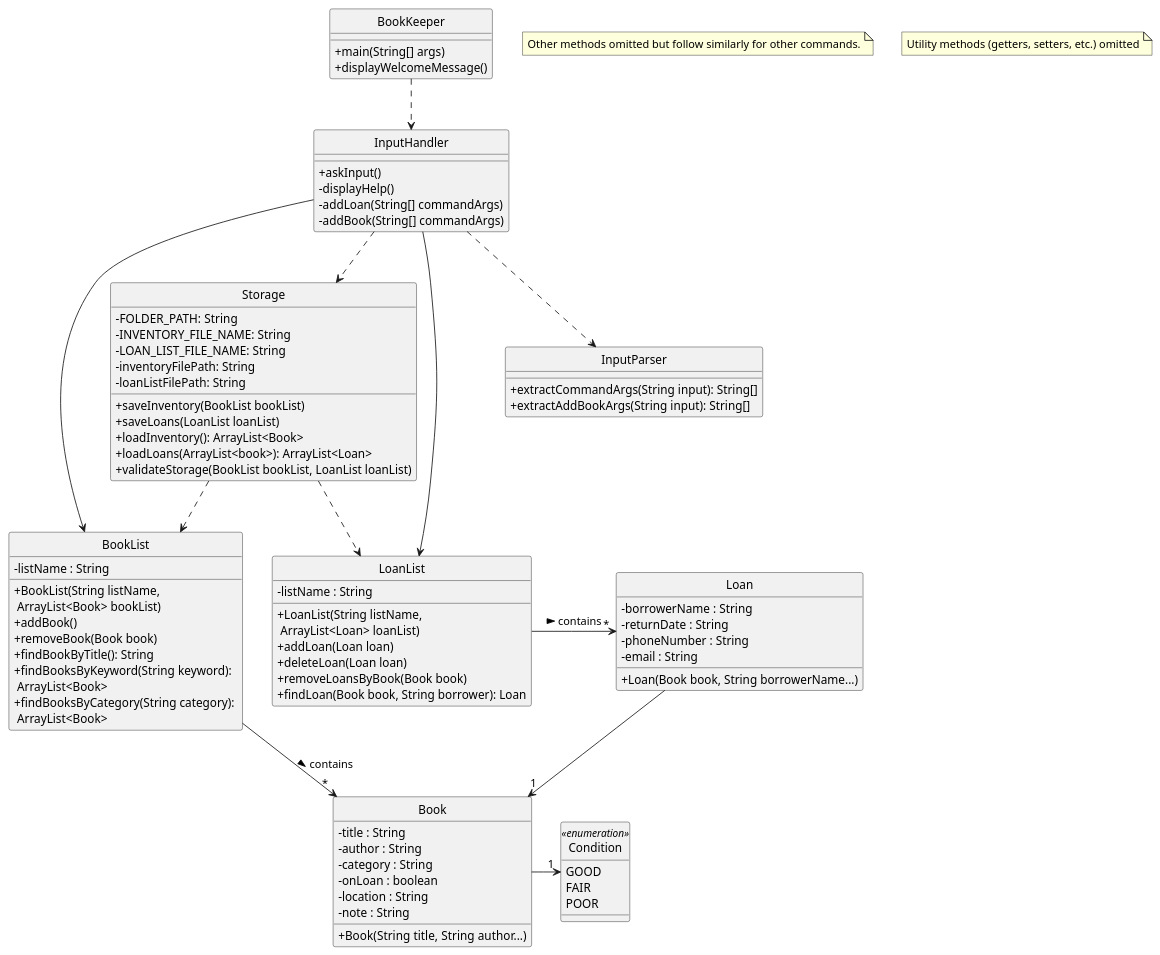
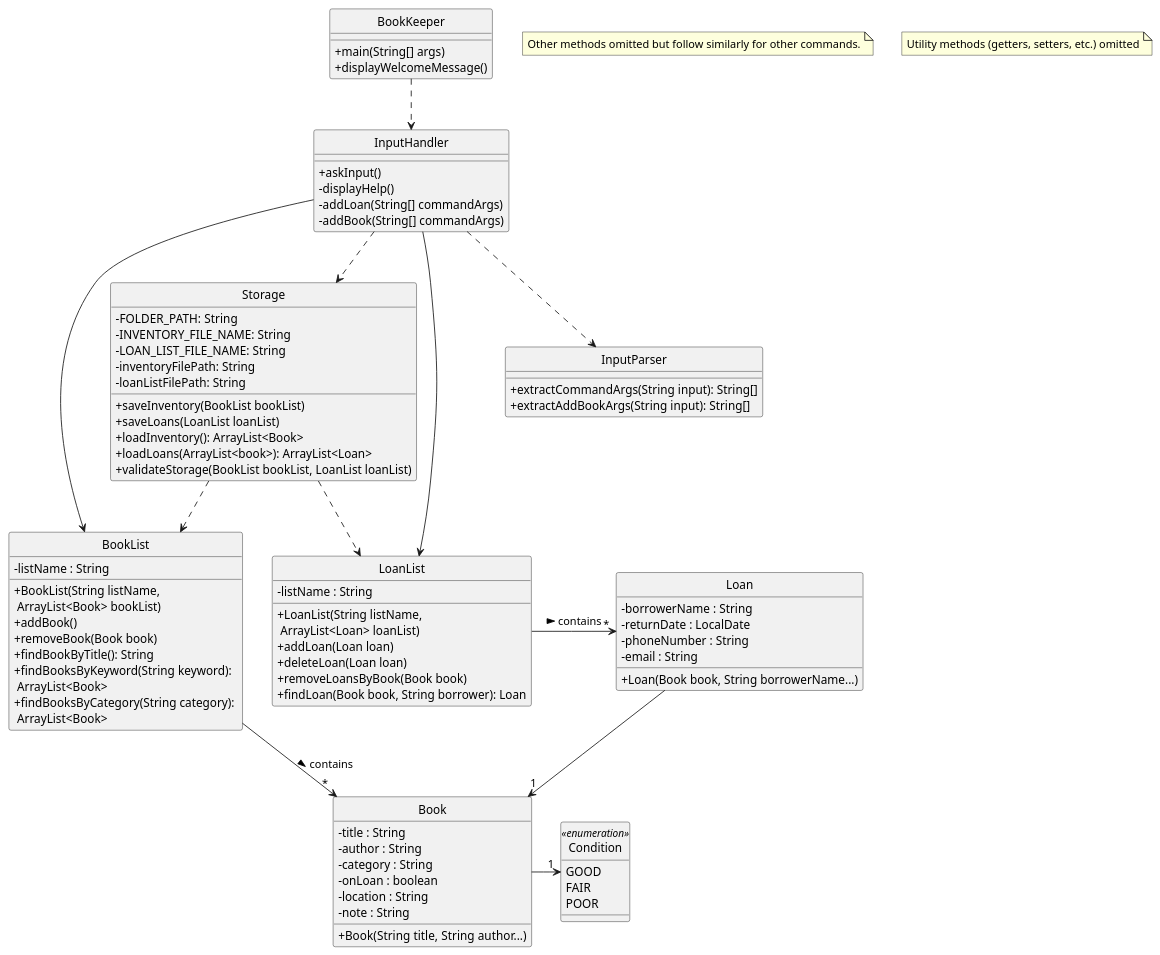
The diagram in docs/diagrams/classDiagram.puml (AY2425S2-CS2113-T12-2/tp), drawn with PlantUML before and after one commit. The commit also changed 6 other files, not shown here.

```diff
--- a/docs/diagrams/classDiagram.puml
+++ b/docs/diagrams/classDiagram.puml
@@ -1,95 +1,95 @@
 @startuml
 hide circle
 skinparam ClassAttributeIconSize 0
 show enum
 
 class BookList {
     - listName : String
     + BookList(String listName, \n ArrayList<Book> bookList)
     + addBook()
     + removeBook(Book book)
     + findBookByTitle(): String
     + findBooksByKeyword(String keyword): \n ArrayList<Book>
     + findBooksByCategory(String category): \n ArrayList<Book>
 }
 
 class LoanList {
     - listName : String
     + LoanList(String listName, \n ArrayList<Loan> loanList)
     + addLoan(Loan loan)
     + deleteLoan(Loan loan)
     + removeLoansByBook(Book book)
     + findLoan(Book book, String borrower): Loan
 }
 
 class Book {
     - title : String
     - author : String
     - category : String
     - onLoan : boolean
     - location : String
     - note : String
     + Book(String title, String author...)
 }
 
 class Loan {
     - borrowerName : String
-    - returnDate : String
+    - returnDate : LocalDate
     - phoneNumber : String
     - email : String
     + Loan(Book book, String borrowerName...)
 }
 
 enum Condition <<enumeration>> {
     GOOD
     FAIR
     POOR
 }
 
 class Storage {
     - FOLDER_PATH: String
     - INVENTORY_FILE_NAME: String
     - LOAN_LIST_FILE_NAME: String
     - inventoryFilePath: String
     - loanListFilePath: String
     + saveInventory(BookList bookList)
     + saveLoans(LoanList loanList)
     + loadInventory(): ArrayList<Book>
     + loadLoans(ArrayList<book>): ArrayList<Loan>
     + validateStorage(BookList bookList, LoanList loanList)
 }
 
 class InputHandler {
     + askInput()
     - displayHelp()
     - addLoan(String[] commandArgs)
     - addBook(String[] commandArgs)
 }
 
 class InputParser {
     + extractCommandArgs(String input): String[]
     + extractAddBookArgs(String input): String[]
 }
 note "Other methods omitted but follow similarly for other commands." as N0
 
 class BookKeeper {
     +main(String[] args)
     +displayWelcomeMessage()
 }
 
 note "Utility methods (getters, setters, etc.) omitted" as N1
 
 BookList -> "*" Book : contains >
 LoanList -> "*" Loan : contains >
 InputHandler --> BookList
 InputHandler --> LoanList
 InputHandler ..> Storage
 InputHandler ..> InputParser
 BookKeeper ..> InputHandler
 Book -> "1" Condition
 Loan --> "1" Book
 Storage ..> BookList
 Storage ..> LoanList
 
 
 @enduml
```
